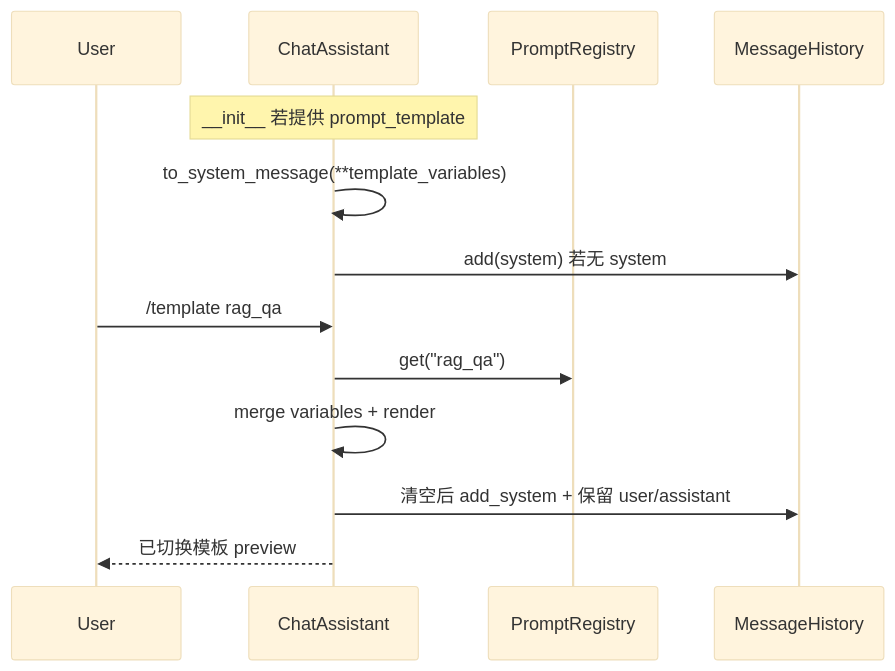
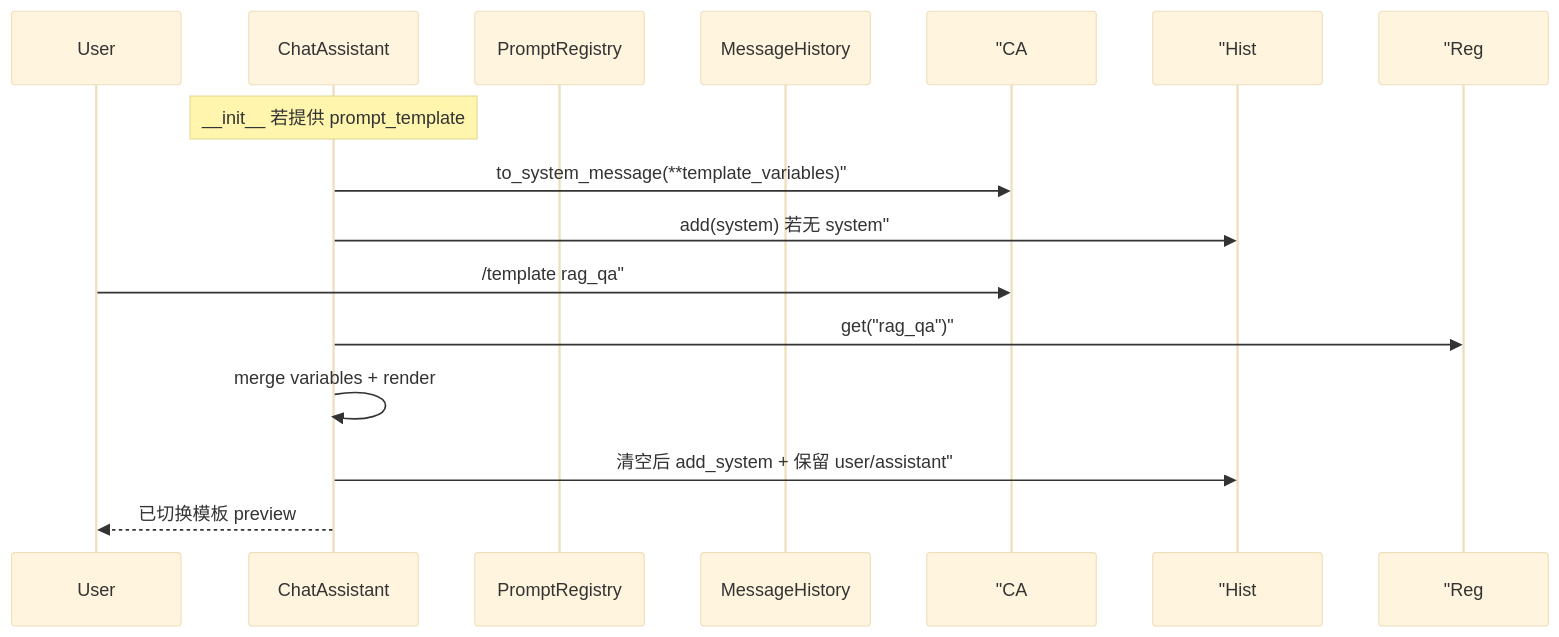
The third of 4 diagrams in course/day17/03_架构设计.md (ab6539763/70_days_course_plus), drawn with Mermaid (base theme) before and after one commit. The commit also changed other lines of this file and 134 other files, not shown here.

````diff
--- a/course/day17/03_架构设计.md
+++ b/course/day17/03_架构设计.md
@@ -77,17 +77,17 @@
 ```mermaid
 sequenceDiagram
     participant User
     participant CA as ChatAssistant
     participant Reg as PromptRegistry
     participant Hist as MessageHistory
 
     Note over CA: __init__ 若提供 prompt_template
-    CA->>CA: to_system_message(**template_variables)
-    CA->>Hist: add(system) 若无 system
+    CA->> "CA: to_system_message(**template_variables)"
+    CA->> "Hist: add(system) 若无 system"
 
-    User->>CA: /template rag_qa
-    CA->>Reg: get("rag_qa")
+    User->> "CA: /template rag_qa"
+    CA->> "Reg: get("rag_qa")"
     CA->>CA: merge variables + render
-    CA->>Hist: 清空后 add_system + 保留 user/assistant
+    CA->> "Hist: 清空后 add_system + 保留 user/assistant"
     CA-->>User: 已切换模板 preview
 ```
````
